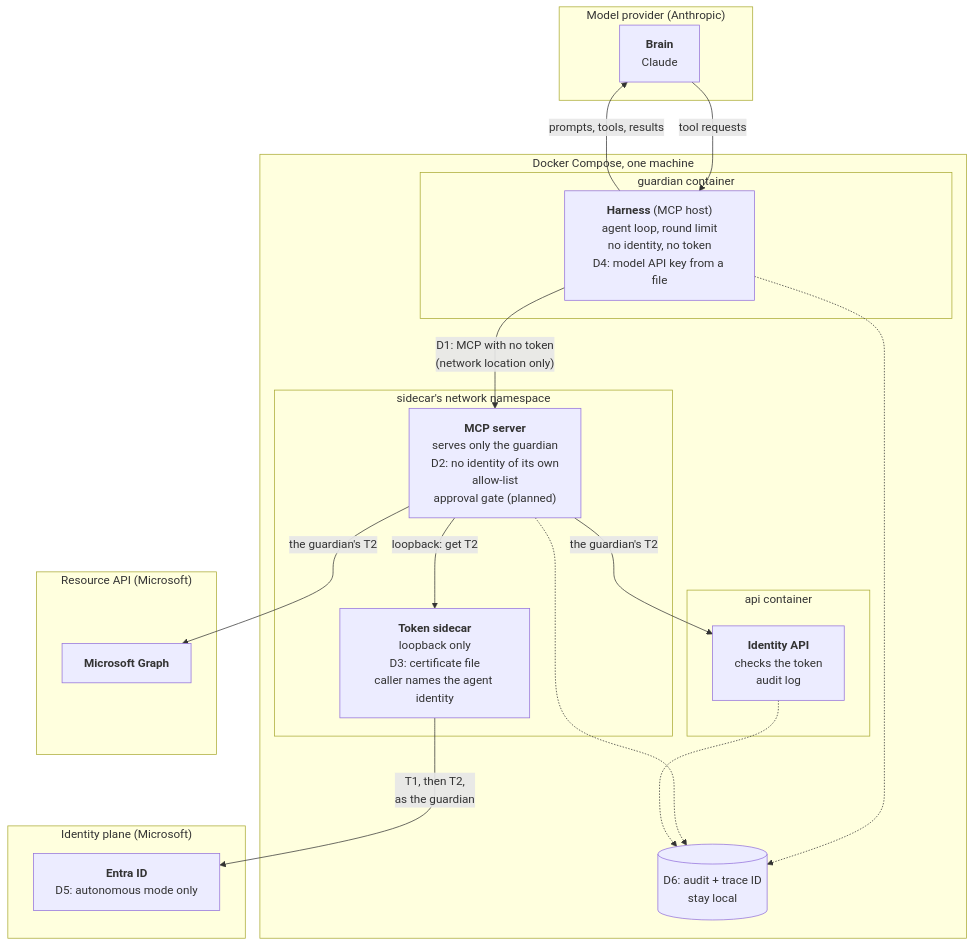
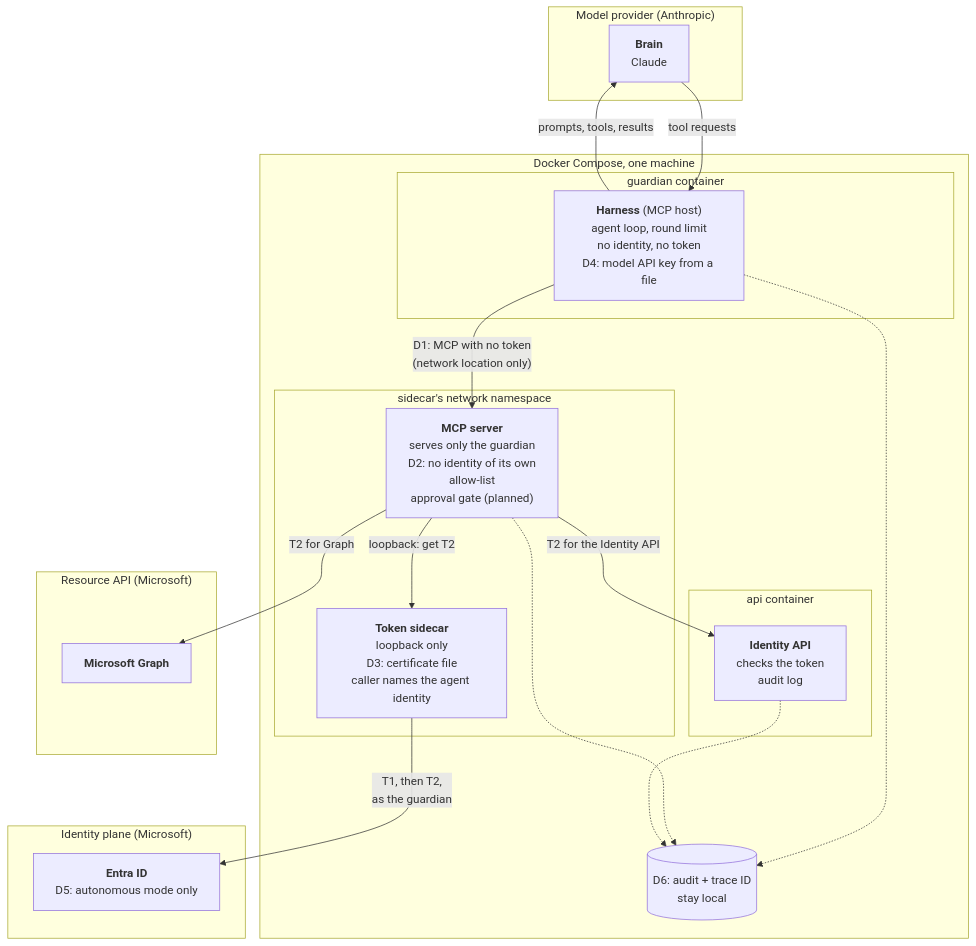
One commit to alireza-mpr/agent-steward changed the fourth of 5 diagrams in docs/agent-architecture.md. Above: the diagram before and after it, drawn with Mermaid. The commit also changed other lines of this file and 26 other files, not shown here.

First line of the commit message:
feat: the guardian's tools move to an MCP server, and a Claude harness drives them

````diff
--- a/docs/agent-architecture.md
+++ b/docs/agent-architecture.md
@@ -256,39 +262,39 @@
 ```mermaid
 flowchart TB
     subgraph PROVIDER["Model provider (Anthropic)"]
         BRAIN["<b>Brain</b><br/>Claude"]
     end
 
     subgraph COMPOSE["Docker Compose, one machine"]
         subgraph GCONT["guardian container"]
             HARNESS["<b>Harness</b> (MCP host)<br/>agent loop, round limit<br/>no identity, no token<br/>D4: model API key from a file"]
         end
         subgraph NS["sidecar's network namespace"]
             MCP["<b>MCP server</b><br/>serves only the guardian<br/>D2: no identity of its own<br/>allow-list<br/>approval gate (planned)"]
             SIDECAR["<b>Token sidecar</b><br/>loopback only<br/>D3: certificate file<br/>caller names the agent identity"]
         end
         subgraph ACONT["api container"]
             API["<b>Identity API</b><br/>checks the token<br/>audit log"]
         end
         LOGS[("D6: audit + trace ID<br/>stay local")]
     end
 
     subgraph IDP["Identity plane (Microsoft)"]
         ENTRA["<b>Entra ID</b><br/>D5: autonomous mode only"]
     end
 
     subgraph RES["Resource API (Microsoft)"]
         GRAPH["<b>Microsoft Graph</b>"]
     end
 
     HARNESS -- "prompts, tools, results" --> BRAIN
     BRAIN -- "tool requests" --> HARNESS
     HARNESS -- "D1: MCP with no token<br/>(network location only)" --> MCP
     MCP -- "loopback: get T2" --> SIDECAR
     SIDECAR -- "T1, then T2,<br/>as the guardian" --> ENTRA
-    MCP -- "the guardian's T2" --> GRAPH
-    MCP -- "the guardian's T2" --> API
+    MCP -- "T2 for Graph" --> GRAPH
+    MCP -- "T2 for the Identity API" --> API
     HARNESS -.-> LOGS
     MCP -.-> LOGS
     API -.-> LOGS
 ```
````
